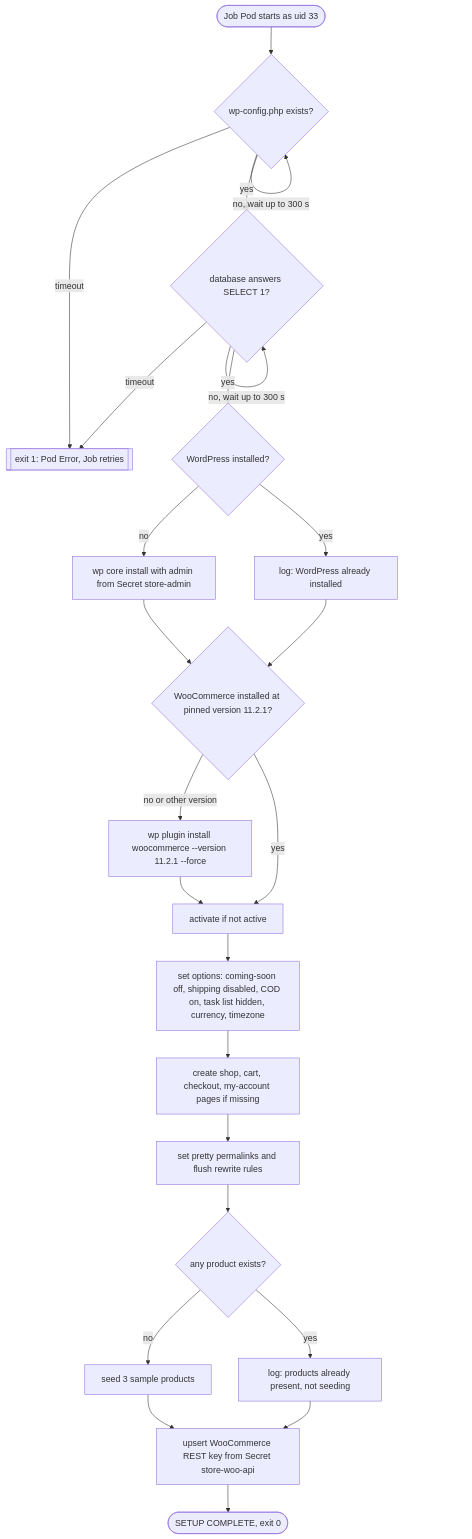
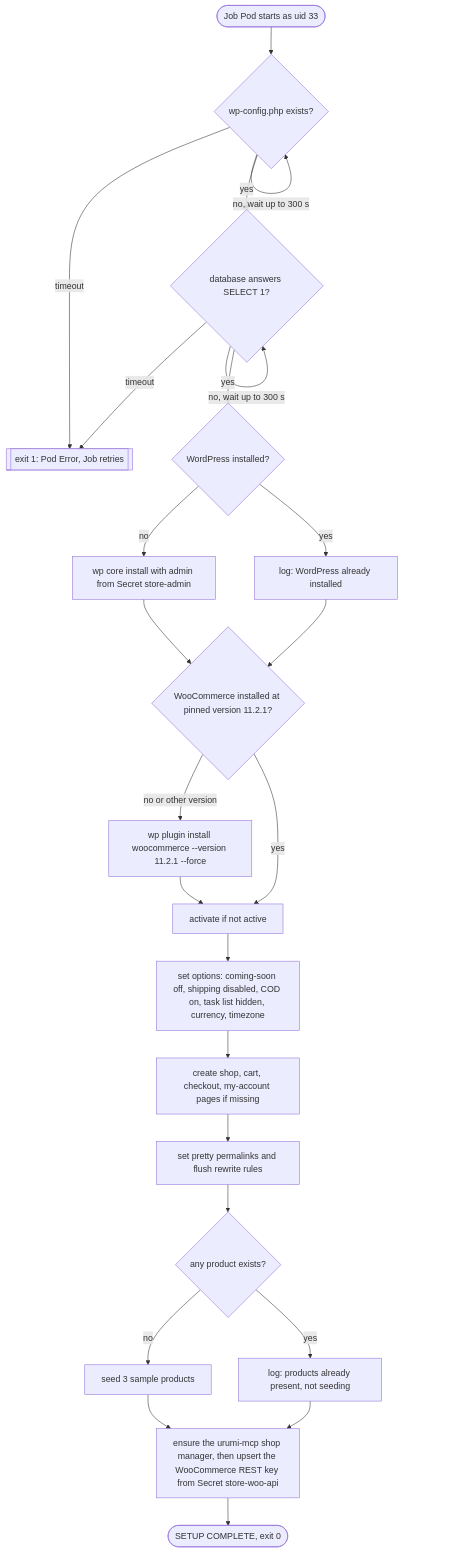
The second of 7 diagrams in docs/workflows.md (tushar66sharma/MCP-Gateway-on-Kubernetes), drawn with Mermaid before and after one commit. The commit also changed other lines of this file and 3 other files, not shown here.

````diff
--- a/docs/workflows.md
+++ b/docs/workflows.md
@@ -63,22 +63,22 @@
 ```mermaid
 flowchart TD
     S([Job Pod starts as uid 33]) --> A{wp-config.php exists?}
     A -- no, wait up to 300 s --> A
     A -- timeout --> F1[[exit 1: Pod Error, Job retries]]
     A -- yes --> B{database answers SELECT 1?}
     B -- no, wait up to 300 s --> B
     B -- timeout --> F1
     B -- yes --> C{WordPress installed?}
     C -- no --> C1[wp core install with admin from Secret store-admin] --> D
     C -- yes --> C2[log: WordPress already installed] --> D
     D{WooCommerce installed at pinned version 11.2.1?}
     D -- no or other version --> D1[wp plugin install woocommerce --version 11.2.1 --force] --> D2
     D -- yes --> D2[activate if not active]
     D2 --> E[set options: coming-soon off, shipping disabled, COD on, task list hidden, currency, timezone]
     E --> P[create shop, cart, checkout, my-account pages if missing]
     P --> R[set pretty permalinks and flush rewrite rules]
     R --> G{any product exists?}
     G -- no --> G1[seed 3 sample products] --> K
     G -- yes --> G2[log: products already present, not seeding] --> K
-    K[upsert WooCommerce REST key from Secret store-woo-api] --> Z([SETUP COMPLETE, exit 0])
+    K[ensure the urumi-mcp shop manager, then upsert the WooCommerce REST key from Secret store-woo-api] --> Z([SETUP COMPLETE, exit 0])
 ```
````
